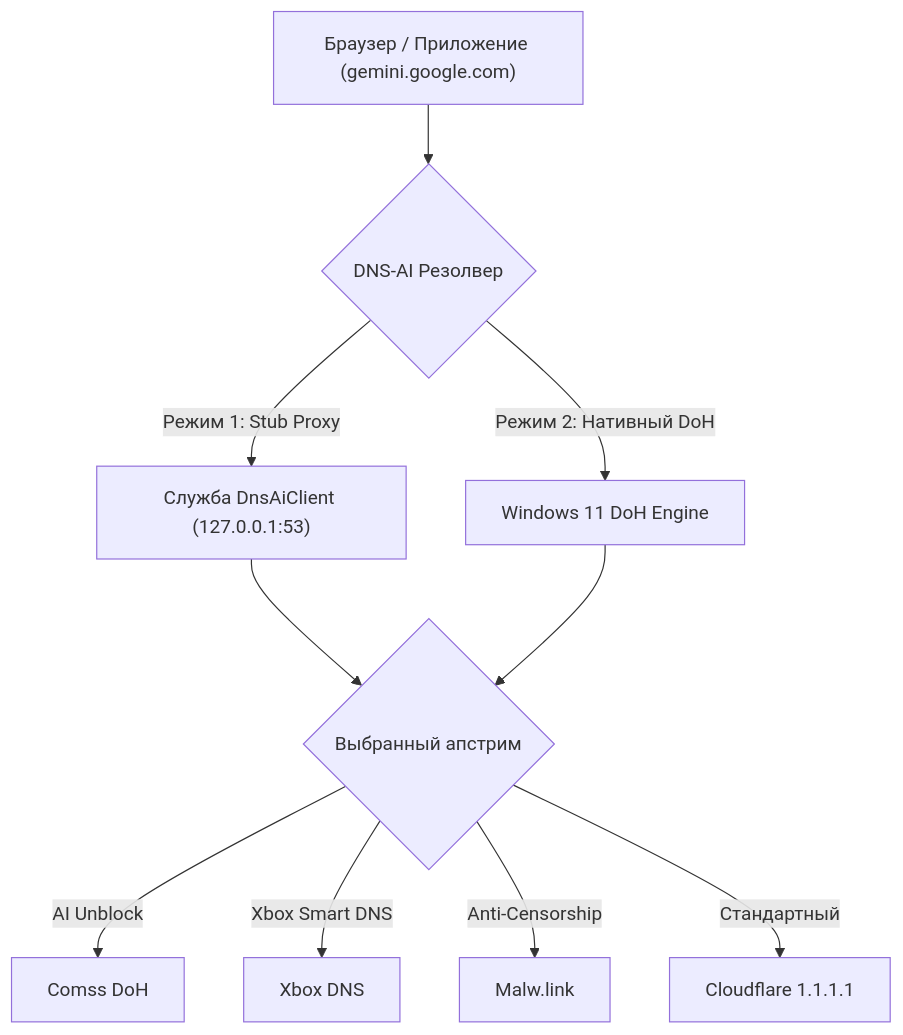
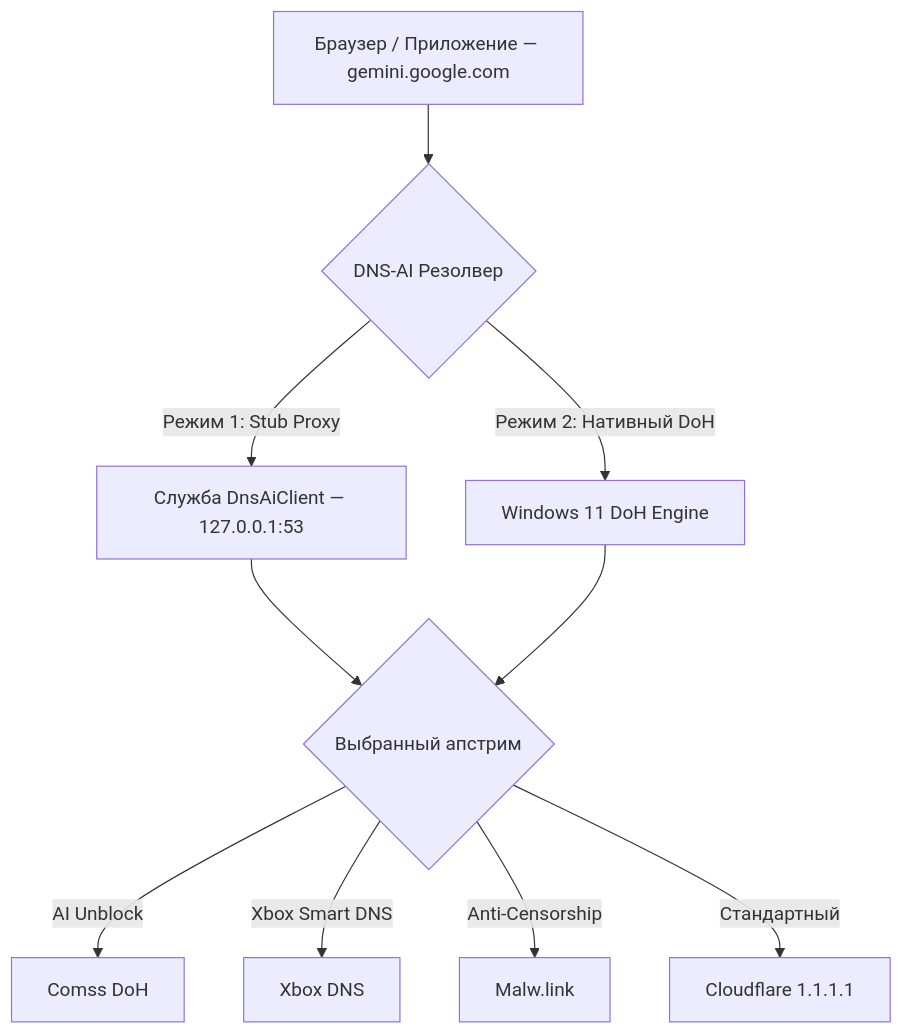
The fourth of 6 diagrams in README.md (GhosterAI/GhosterNetApp), drawn with Mermaid before and after one commit. The commit also changed other lines of this file, not shown here.

Commit message:
fix(docs): resolve Mermaid syntax parse error in architecture diagrams

````diff
--- a/README.md
+++ b/README.md
@@ -173,14 +173,14 @@
 ```mermaid
 flowchart TD
-    Browser["Браузер / Приложение (gemini.google.com)"] --> Resolver{"DNS-AI Резолвер"}
-    Resolver -->|"Режим 1: Stub Proxy"| Stub["Служба DnsAiClient (127.0.0.1:53)"]
+    Browser["Браузер / Приложение — gemini.google.com"] --> Resolver{"DNS-AI Резолвер"}
+    Resolver -->|"Режим 1: Stub Proxy"| Stub["Служба DnsAiClient — 127.0.0.1:53"]
     Resolver -->|"Режим 2: Нативный DoH"| Native["Windows 11 DoH Engine"]
     
     Stub --> Upstreams{"Выбранный апстрим"}
     Native --> Upstreams
     
     Upstreams -->|"AI Unblock"| Comss["Comss DoH"]
     Upstreams -->|"Xbox Smart DNS"| Xbox["Xbox DNS"]
     Upstreams -->|"Anti-Censorship"| Malw["Malw.link"]
     Upstreams -->|"Стандартный"| CFDNS["Cloudflare 1.1.1.1"]
 ```
````
